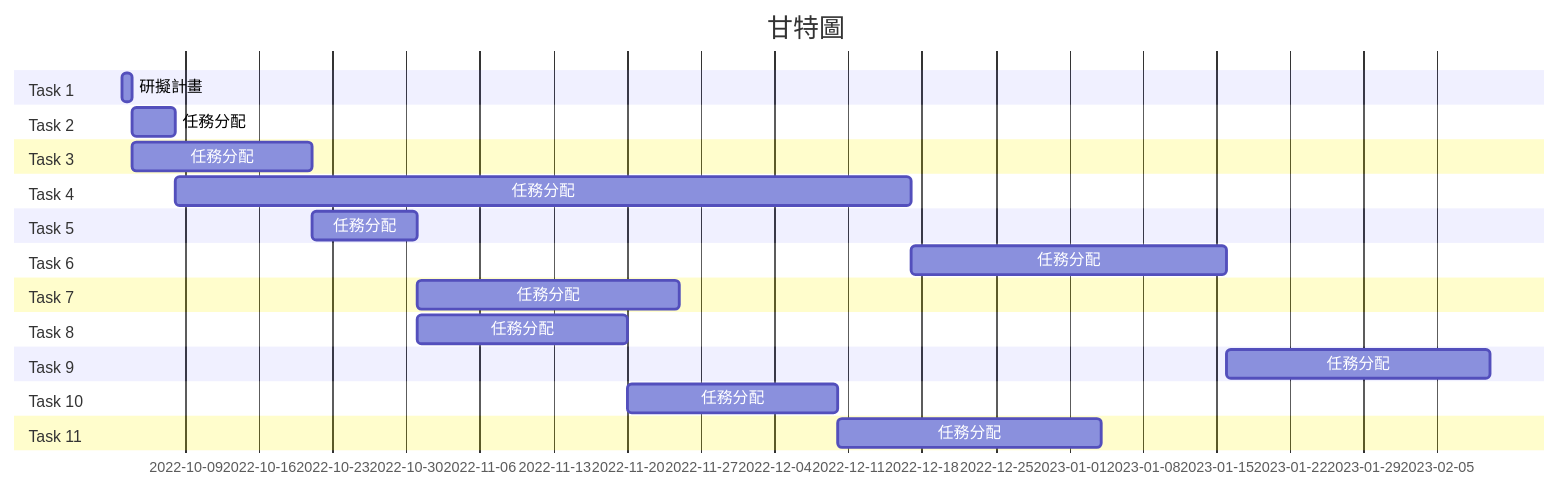
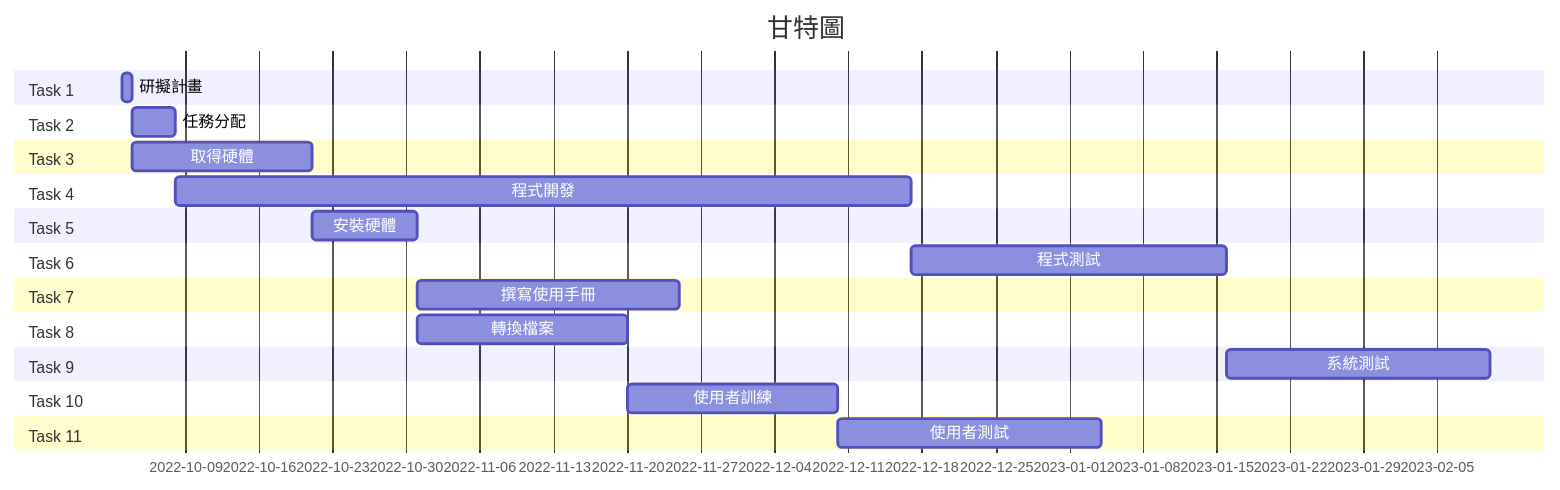
Before and after one commit to woni1215/System-analysis: the diagram in hw2.md, drawn with Mermaid.

Commit message:
甘特圖

````diff
--- a/hw2.md
+++ b/hw2.md
@@ -3,27 +3,27 @@
 ```mermaid
 gantt
     title 甘特圖
     dateFormat  YYYY-MM-DD
     section Task 1
     研擬計畫 :t1 , 2022-10-03 , 1d
     section Task 2
     任務分配 :t2 , after t1 , 4d
     section Task 3
-    任務分配 :t3 , after t1 , 17d
+    取得硬體 :t3 , after t1 , 17d
     section Task 4
-    任務分配 :t4 , after t2 , 70d
+    程式開發 :t4 , after t2 , 70d
     section Task 5
-    任務分配 :t5 , after t3 , 10d
+    安裝硬體 :t5 , after t3 , 10d
     section Task 6
-    任務分配 :t6 , after t4 , 30d
+    程式測試 :t6 , after t4 , 30d
     section Task 7
-    任務分配 :t7 , after t5 , 25d
+    撰寫使用手冊 :t7 , after t5 , 25d
     section Task 8
-    任務分配 :t8 , after t5 , 20d
+    轉換檔案 :t8 , after t5 , 20d
     section Task 9
-    任務分配 :t9 , after t6 , 25d
+    系統測試 :t9 , after t6 , 25d
     section Task 10
-    任務分配 :t10 , after t8 , 20d
+    使用者訓練 :t10 , after t8 , 20d
     section Task 11
-    任務分配 :t11 , after t10 , 25d
+    使用者測試 :t11 , after t10 , 25d
 ```
````
